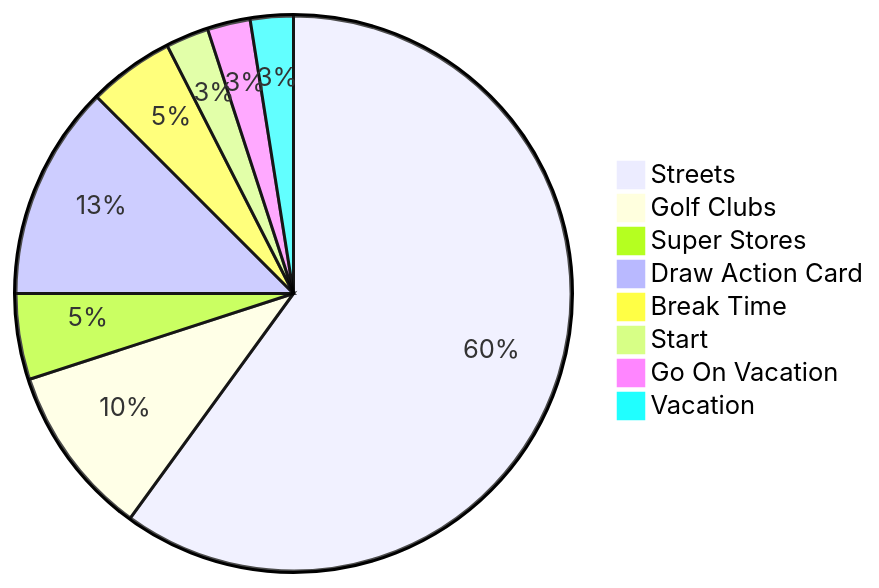
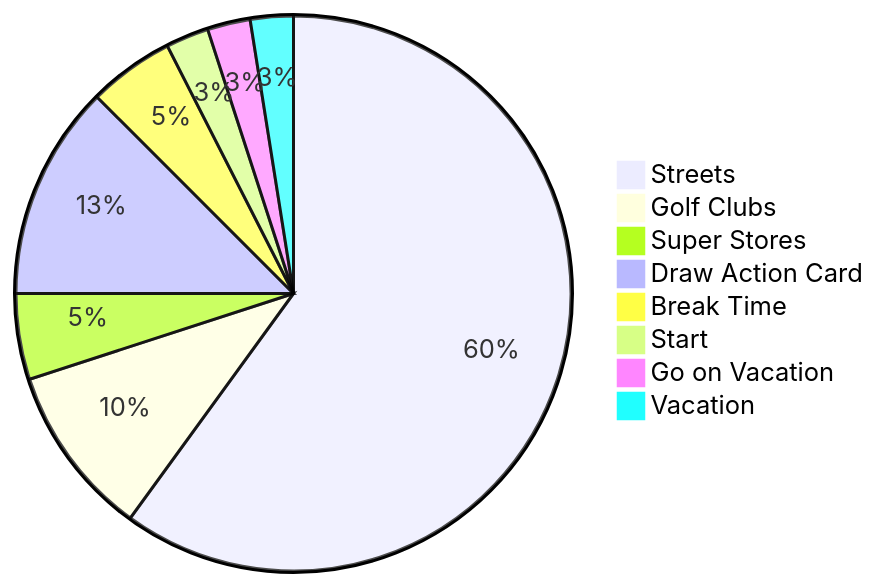
One commit to ncschroeder/Singletonopoly changed the first of 3 diagrams in README.md. Above: the diagram before and after it, drawn with Mermaid. The commit also changed other lines of this file, not shown here.

````diff
--- a/README.md
+++ b/README.md
@@ -418,11 +421,11 @@
 ```mermaid
 pie
     "Streets" : 24
     "Golf Clubs" : 4
     "Super Stores" : 2
     "Draw Action Card" : 5
     "Break Time" : 2
     "Start" : 1
-    "Go On Vacation" : 1
+    "Go on Vacation" : 1
     "Vacation" : 1
 ```
````
